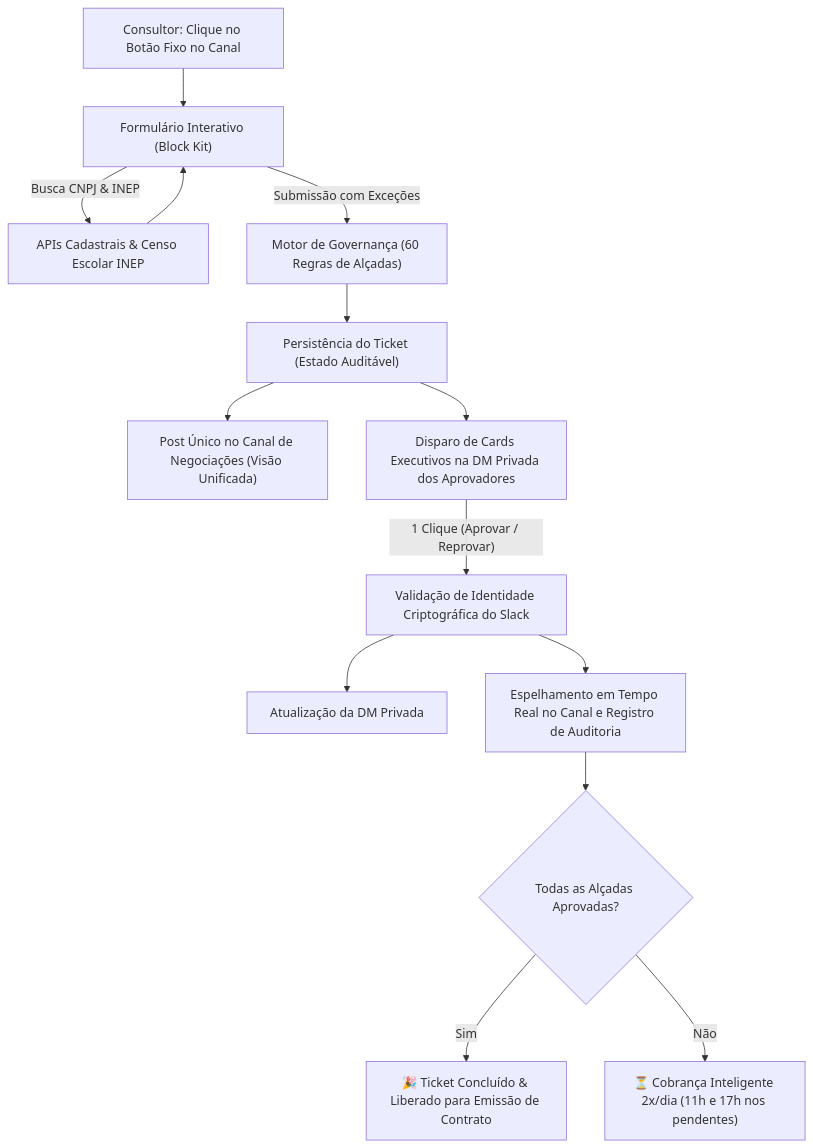
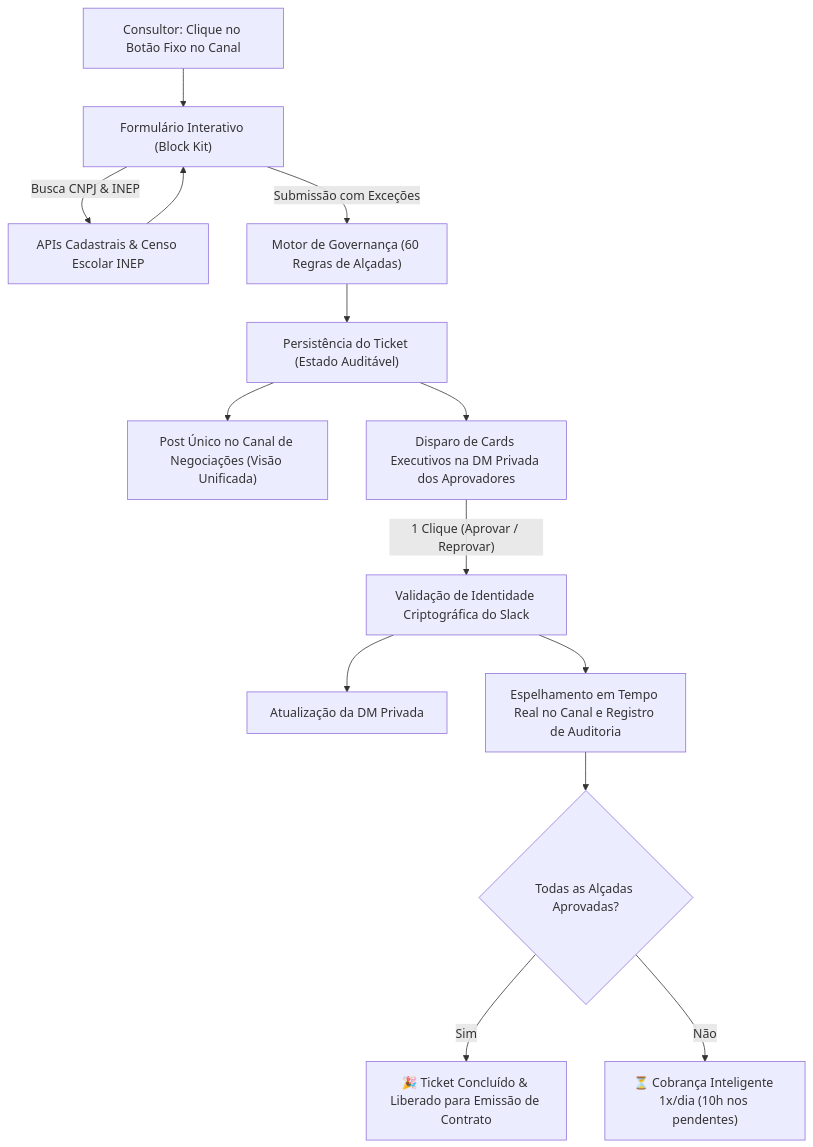
Before and after one commit to angelijd/DeAcordo: the diagram in README.md, drawn with Mermaid. The commit also changed other lines of this file and 19 other files, not shown here.

````diff
--- a/README.md
+++ b/README.md
@@ -20,19 +20,19 @@
 ```mermaid
 graph TD
     A["Consultor: Clique no Botão Fixo no Canal"] --> B["Formulário Interativo (Block Kit)"]
     B -- "Busca CNPJ & INEP" --> C["APIs Cadastrais & Censo Escolar INEP"]
     C --> B
     B -- "Submissão com Exceções" --> D["Motor de Governança (60 Regras de Alçadas)"]
     
     D --> E["Persistência do Ticket (Estado Auditável)"]
     E --> F["Post Único no Canal de Negociações (Visão Unificada)"]
     E --> G["Disparo de Cards Executivos na DM Privada dos Aprovadores"]
     
     G -- "1 Clique (Aprovar / Reprovar)" --> H["Validação de Identidade Criptográfica do Slack"]
     H --> I["Atualização da DM Privada"]
     H --> J["Espelhamento em Tempo Real no Canal e Registro de Auditoria"]
     
     J --> K{"Todas as Alçadas Aprovadas?"}
     K -- "Sim" --> L["🎉 Ticket Concluído & Liberado para Emissão de Contrato"]
-    K -- "Não" --> M["⏳ Cobrança Inteligente 2x/dia (11h e 17h nos pendentes)"]
+    K -- "Não" --> M["⏳ Cobrança Inteligente 1x/dia (10h nos pendentes)"]
 ```
````
